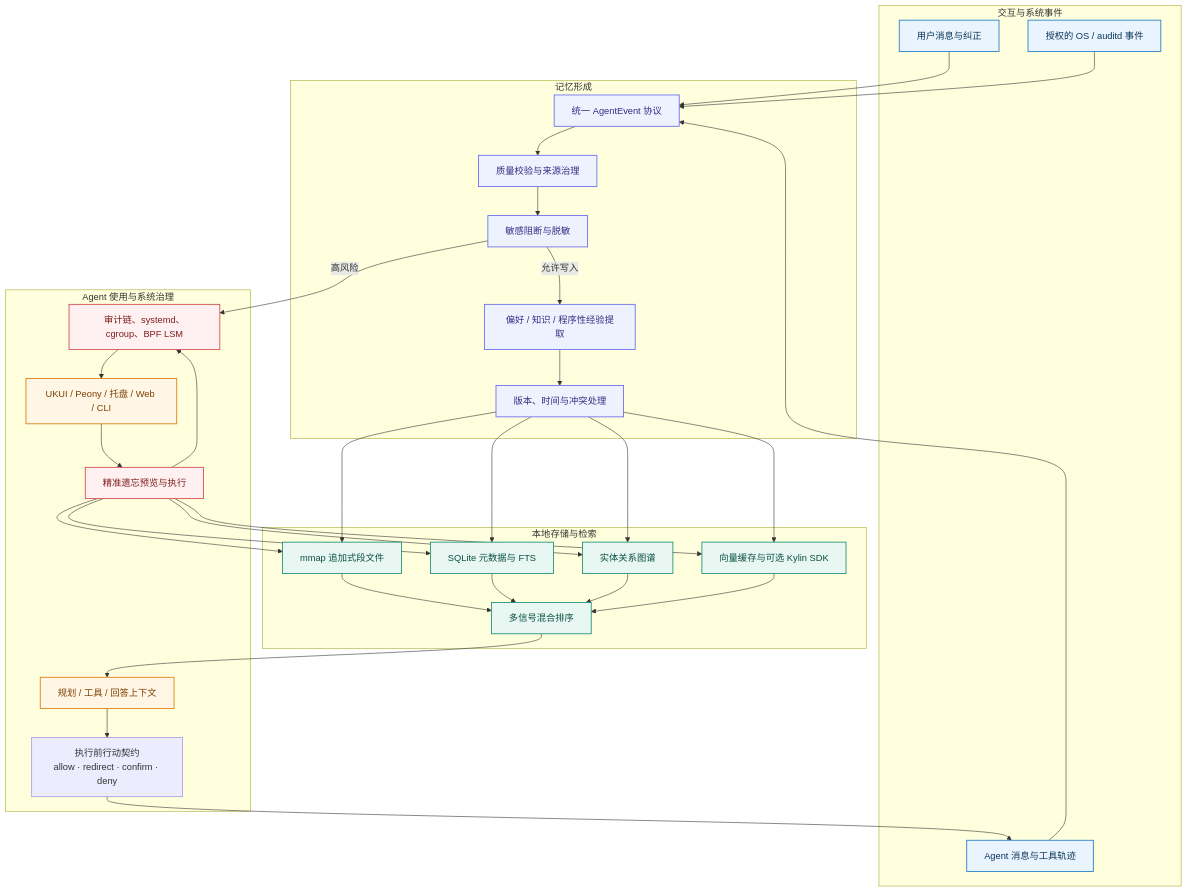
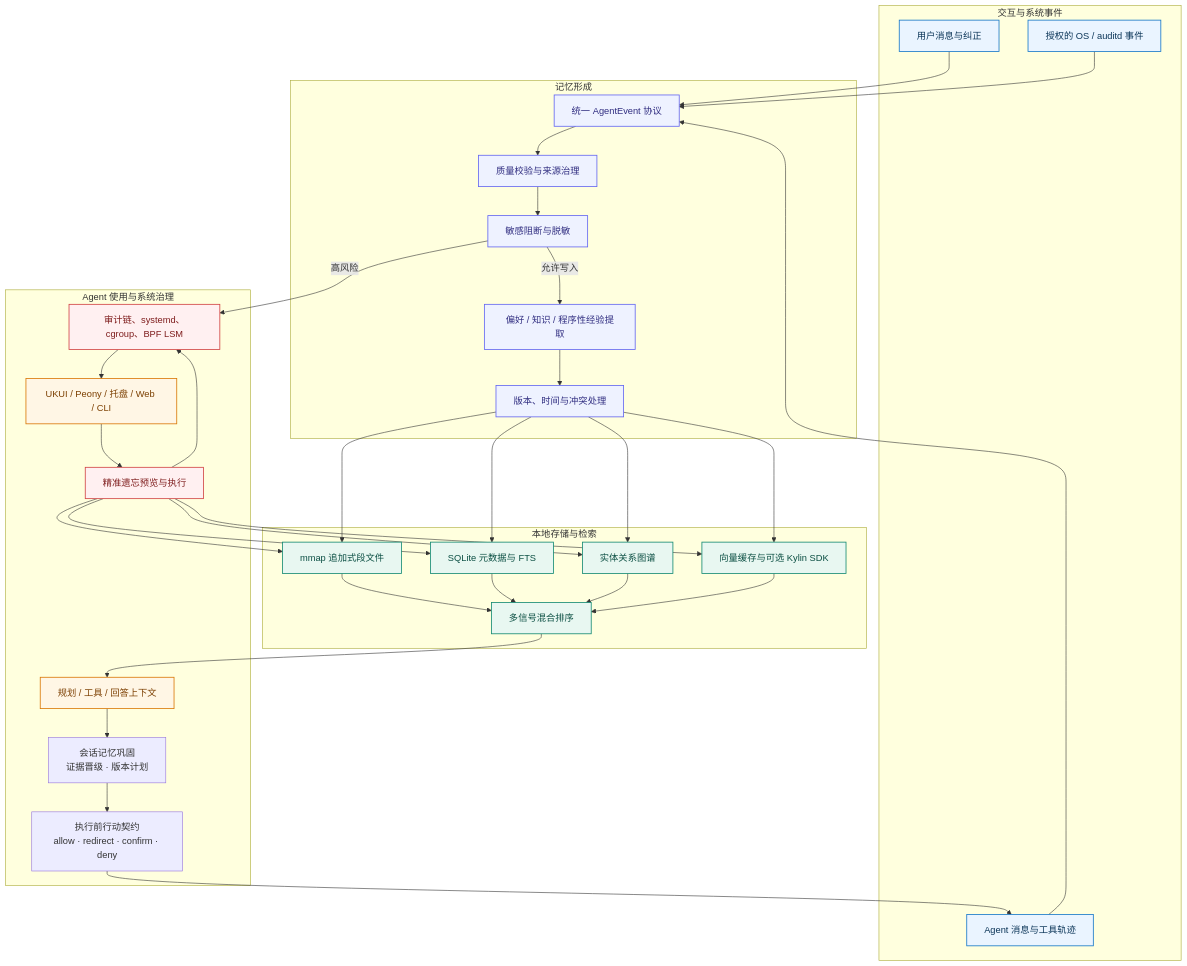
The second of 2 diagrams in README.md (Alexd-star/memguardos), drawn with Mermaid before and after one commit. The commit also changed other lines of this file and 11 other files, not shown here.

````diff
--- a/README.md
+++ b/README.md
@@ -333,67 +334,68 @@
 ```mermaid
 flowchart TB
     subgraph S1["交互与系统事件"]
         U["用户消息与纠正"]
         A["Agent 消息与工具轨迹"]
         O["授权的 OS / auditd 事件"]
     end
 
     subgraph S2["记忆形成"]
         E["统一 AgentEvent 协议"]
         Q["质量校验与来源治理"]
         P["敏感阻断与脱敏"]
         X["偏好 / 知识 / 程序性经验提取"]
         V["版本、时间与冲突处理"]
     end
 
     subgraph S3["本地存储与检索"]
         M["mmap 追加式段文件"]
         D["SQLite 元数据与 FTS"]
         G["实体关系图谱"]
         R["向量缓存与可选 Kylin SDK"]
         H["多信号混合排序"]
     end
 
     subgraph S4["Agent 使用与系统治理"]
         C["规划 / 工具 / 回答上下文"]
         G2["执行前行动契约<br/>allow · redirect · confirm · deny"]
+        L["会话记忆巩固<br/>证据晋级 · 版本计划"]
         F["精准遗忘预览与执行"]
         Z["审计链、systemd、cgroup、BPF LSM"]
         UI["UKUI / Peony / 托盘 / Web / CLI"]
     end
 
     U --> E
     A --> E
     O --> E
     E --> Q --> P
     P -->|"允许写入"| X --> V
     P -->|"高风险"| Z
     V --> M
     V --> D
     V --> G
     V --> R
     M --> H
     D --> H
     G --> H
     R --> H
-    H --> C --> G2 --> A
+    H --> C --> L --> G2 --> A
     UI --> F
     F --> M
     F --> D
     F --> G
     F --> R
     F --> Z
     Z --> UI
 
     classDef event fill:#EAF4FF,stroke:#1677C8,color:#0B3558,stroke-width:1.4px;
     classDef form fill:#EEF2FF,stroke:#6366F1,color:#312E81,stroke-width:1.4px;
     classDef store fill:#E8F7F1,stroke:#138A72,color:#0B4F43,stroke-width:1.4px;
     classDef use fill:#FFF6E5,stroke:#D97706,color:#7C3F00,stroke-width:1.4px;
     classDef govern fill:#FFF0F1,stroke:#D14343,color:#7F1D1D,stroke-width:1.4px;
 
     class U,A,O event;
     class E,Q,P,X,V form;
     class M,D,G,R,H store;
     class C,UI use;
     class F,Z govern;
 ```
````
